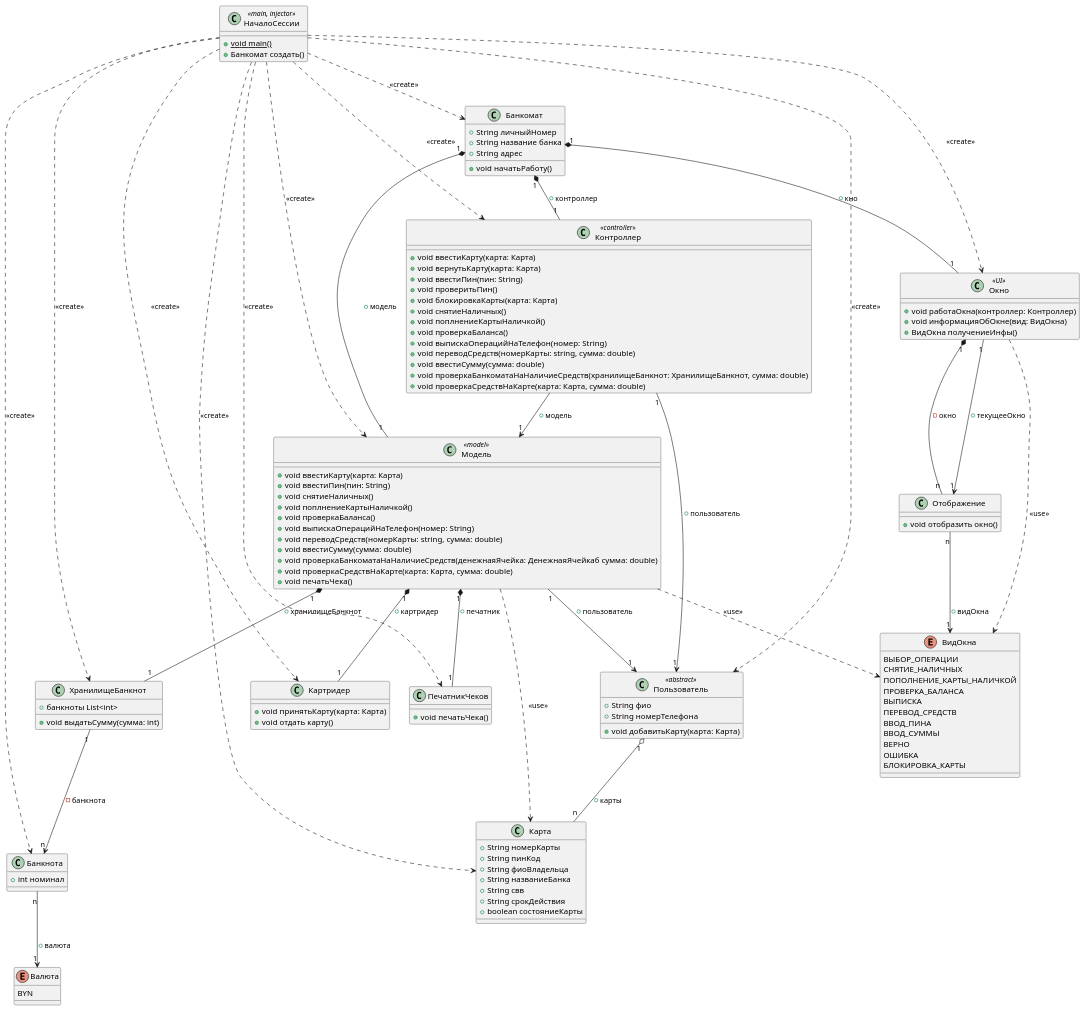
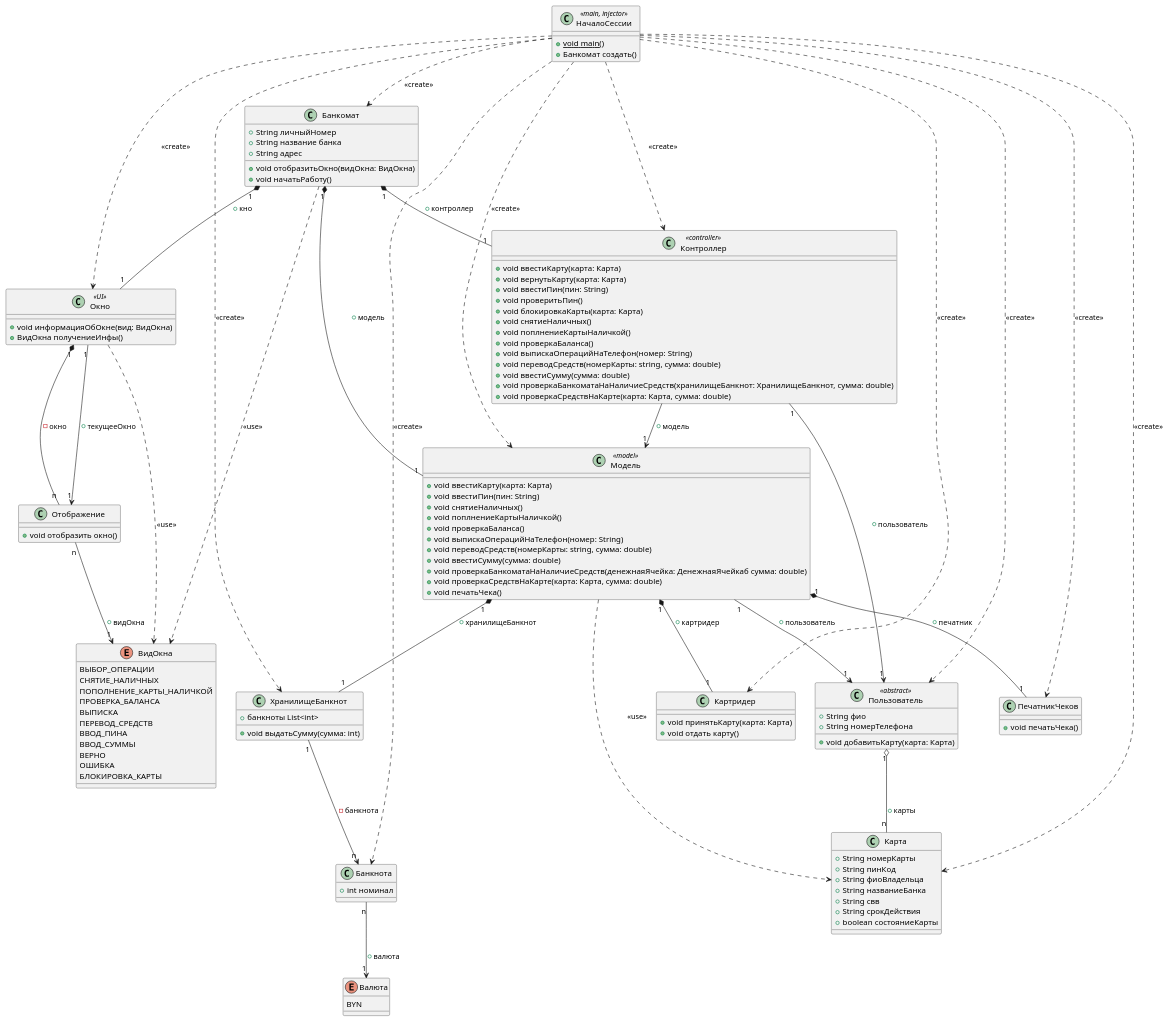
Before and after one commit to ArianaM03/PPVIS: the diagram in doc/classDiagramBase.plantuml, drawn with PlantUML.

```diff
--- a/doc/classDiagramBase.plantuml
+++ b/doc/classDiagramBase.plantuml
@@ -1,145 +1,145 @@
 @startuml
 
 class НачалоСессии <<main, injector>>{
     + {static} void main()
     + Банкомат создать()
 }
 
 НачалоСессии ..> Банкомат : <<create>>
 НачалоСессии ..> Картридер : <<create>>
 НачалоСессии ..> ХранилищеБанкнот : <<create>>
 НачалоСессии ..> Банкнота : <<create>>
 НачалоСессии ..> Модель : <<create>>
 НачалоСессии ..> Контроллер : <<create>>
 НачалоСессии ..> Окно : <<create>>
 НачалоСессии ..> Пользователь: <<create>>
 НачалоСессии ..> ПечатникЧеков: <<create>>
 НачалоСессии ..> Карта: <<create>>
 
 class Пользователь <<abstract>>{
     + String фио
     + String номерТелефона
     + void добавитьКарту(карта: Карта)
 }
 
 class Карта{
     + String номерКарты
     + String пинКод
     + String фиоВладельца
     + String названиеБанка
     + String свв
     + String срокДействия
     + boolean состояниеКарты 
 }
 
 Пользователь "1" o-- "n" Карта: +карты
 
 class Банкомат{
     + String личныйНомер
     + String название банка
     + String адрес 
 
+    + void отобразитьОкно(видОкна: ВидОкна)
     + void начатьРаботу()
 }
 
 class Модель <<model>>{
     + void ввестиКарту(карта: Карта)
     + void ввестиПин(пин: String)
     + void снятиеНаличных()
     + void поплнениеКартыНаличкой()
     + void проверкаБаланса()
     + void выпискаОперацийНаТелефон(номер: String)
     + void переводСредств(номерКарты: string, сумма: double)
     + void ввестиСумму(сумма: double)
     + void проверкаБанкоматаНаНаличиеСредств(денежнаяЯчейка: ДенежнаяЯчейкаб сумма: double)
     + void проверкаСредствНаКарте(карта: Карта, сумма: double)
     + void печатьЧека()
 }
 
 Банкомат "1" *-- "1" Модель: +модель
 Модель ..> Карта: <<use>>
 Модель "1" --> "1" Пользователь: +пользователь
 
 class Контроллер <<controller>>{
     + void ввестиКарту(карта: Карта)
     + void вернутьКарту(карта: Карта)
     + void ввестиПин(пин: String)
     + void проверитьПин()
     + void блокировкаКарты(карта: Карта)
     + void снятиеНаличных()
     + void поплнениеКартыНаличкой()
     + void проверкаБаланса()
     + void выпискаОперацийНаТелефон(номер: String)
     + void переводСредств(номерКарты: string, сумма: double)
     + void ввестиСумму(сумма: double)
     + void проверкаБанкоматаНаНаличиеСредств(хранилищеБанкнот: ХранилищеБанкнот, сумма: double)
     + void проверкаСредствНаКарте(карта: Карта, сумма: double)
 }
 
 
 Контроллер --> "1" Модель: +модель
 Банкомат "1" *-- "1" Контроллер: +контроллер
 Контроллер "1" --> "1" Пользователь: +пользователь
 
 class Картридер{
     + void принятьКарту(карта: Карта)
     + void отдать карту()
 }
 
 class ПечатникЧеков{
     + void печатьЧека()
 }
 
 class ХранилищеБанкнот{
     + банкноты List<int>
     + void выдатьСумму(сумма: int)
 }
 
 class Банкнота{
     + int номинал
 }
 
 enum Валюта{
 BYN
 }
 
 Модель "1" *-- "1" Картридер: +картридер
 Модель "1" *-- "1" ХранилищеБанкнот: +хранилищеБанкнот
 Модель "1" *-- "1" ПечатникЧеков: +печатник
 ХранилищеБанкнот "1" --> "n" Банкнота: -банкнота
 Банкнота "n" --> "1" Валюта: + валюта
 
 class Окно <<UI>>{
-    + void работаОкна(контроллер: Контроллер)
     + void информацияОбОкне(вид: ВидОкна)
     + ВидОкна получениеИнфы()
 }
 
 Банкомат "1" *-- "1" Окно: +кно
 
 class Отображение{
     + void отобразить окно()
 }
 
 enum ВидОкна{
 ВЫБОР_ОПЕРАЦИИ
 СНЯТИЕ_НАЛИЧНЫХ
 ПОПОЛНЕНИЕ_КАРТЫ_НАЛИЧКОЙ
 ПРОВЕРКА_БАЛАНСА
 ВЫПИСКА
 ПЕРЕВОД_СРЕДСТВ
 ВВОД_ПИНА
 ВВОД_СУММЫ
 ВЕРНО
 ОШИБКА
 БЛОКИРОВКА_КАРТЫ
 
 }
 
 Окно ..> ВидОкна: <<use>>
 Окно "1" *-- "n" Отображение: -окно
 Отображение "n" -->  "1" ВидОкна: +видОкна
 Окно "1" --> "1" Отображение: +текущееОкно
-Модель ..> ВидОкна: <<use>>
+Банкомат ..> ВидОкна: <<use>>
 
 @enduml
```
